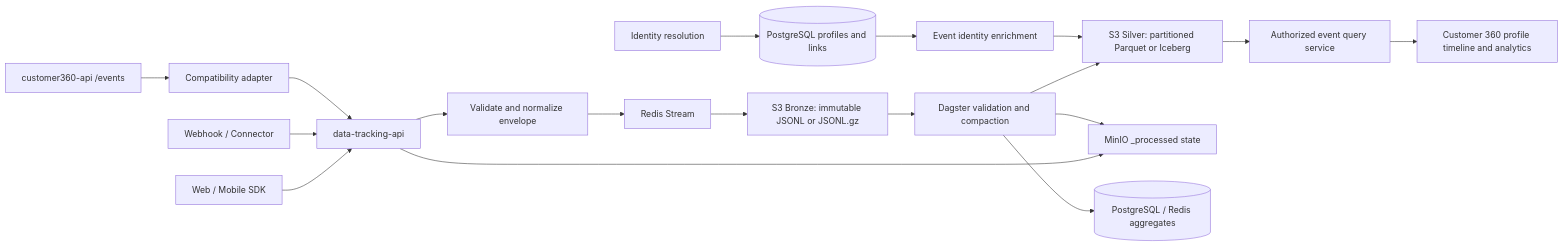
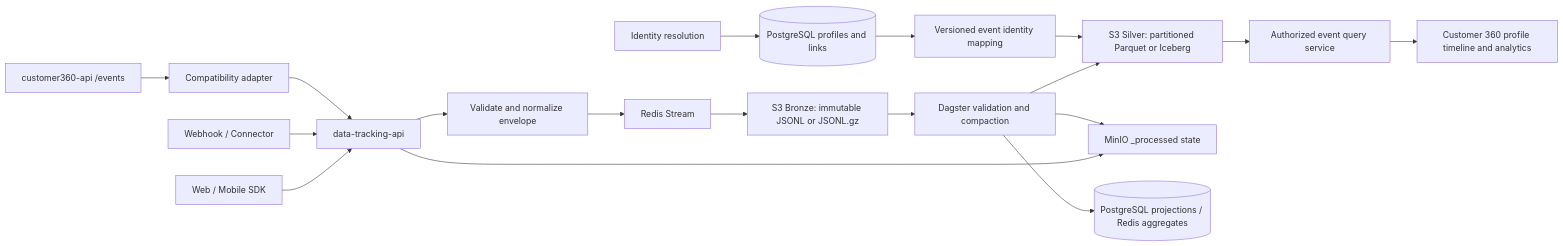
The diagram in docs/action-plans/FULL-ANALYTICS-WITH-S3.md (LEO-CDP/leo-customer360), drawn with Mermaid before and after one commit. The commit also changed other lines of this file and 18 other files, not shown here.

````diff
--- a/docs/action-plans/FULL-ANALYTICS-WITH-S3.md
+++ b/docs/action-plans/FULL-ANALYTICS-WITH-S3.md
@@ -53,20 +94,20 @@
 ```mermaid
 flowchart LR
     SDK[Web / Mobile SDK] --> INGEST[data-tracking-api]
     WEBHOOK[Webhook / Connector] --> INGEST
     LEGACY[customer360-api /events] --> COMPAT[Compatibility adapter]
     COMPAT --> INGEST
     INGEST --> VALIDATE[Validate and normalize envelope]
     VALIDATE --> REDIS[Redis Stream]
     REDIS --> BRONZE[S3 Bronze: immutable JSONL or JSONL.gz]
     BRONZE --> DAGSTER[Dagster validation and compaction]
     DAGSTER --> SILVER[S3 Silver: partitioned Parquet or Iceberg]
     INGEST --> STATE[MinIO _processed state]
     DAGSTER --> STATE
-    DAGSTER --> AGG[(PostgreSQL / Redis aggregates)]
+    DAGSTER --> AGG[(PostgreSQL projections / Redis aggregates)]
     CIR[Identity resolution] --> PROFILE[(PostgreSQL profiles and links)]
-    PROFILE --> ENRICH[Event identity enrichment]
+    PROFILE --> ENRICH[Versioned event identity mapping]
     ENRICH --> SILVER
     SILVER --> QUERY[Authorized event query service]
     QUERY --> UI[Customer 360 profile timeline and analytics]
 ```
````
